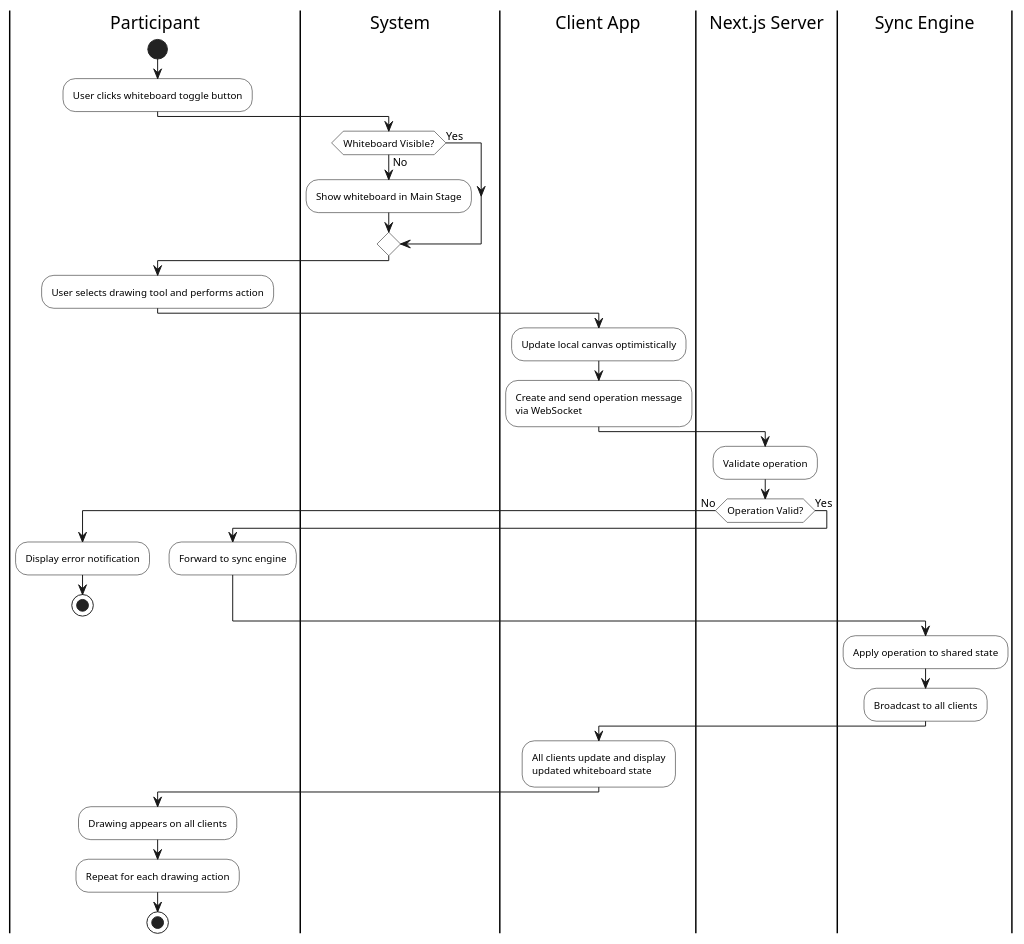
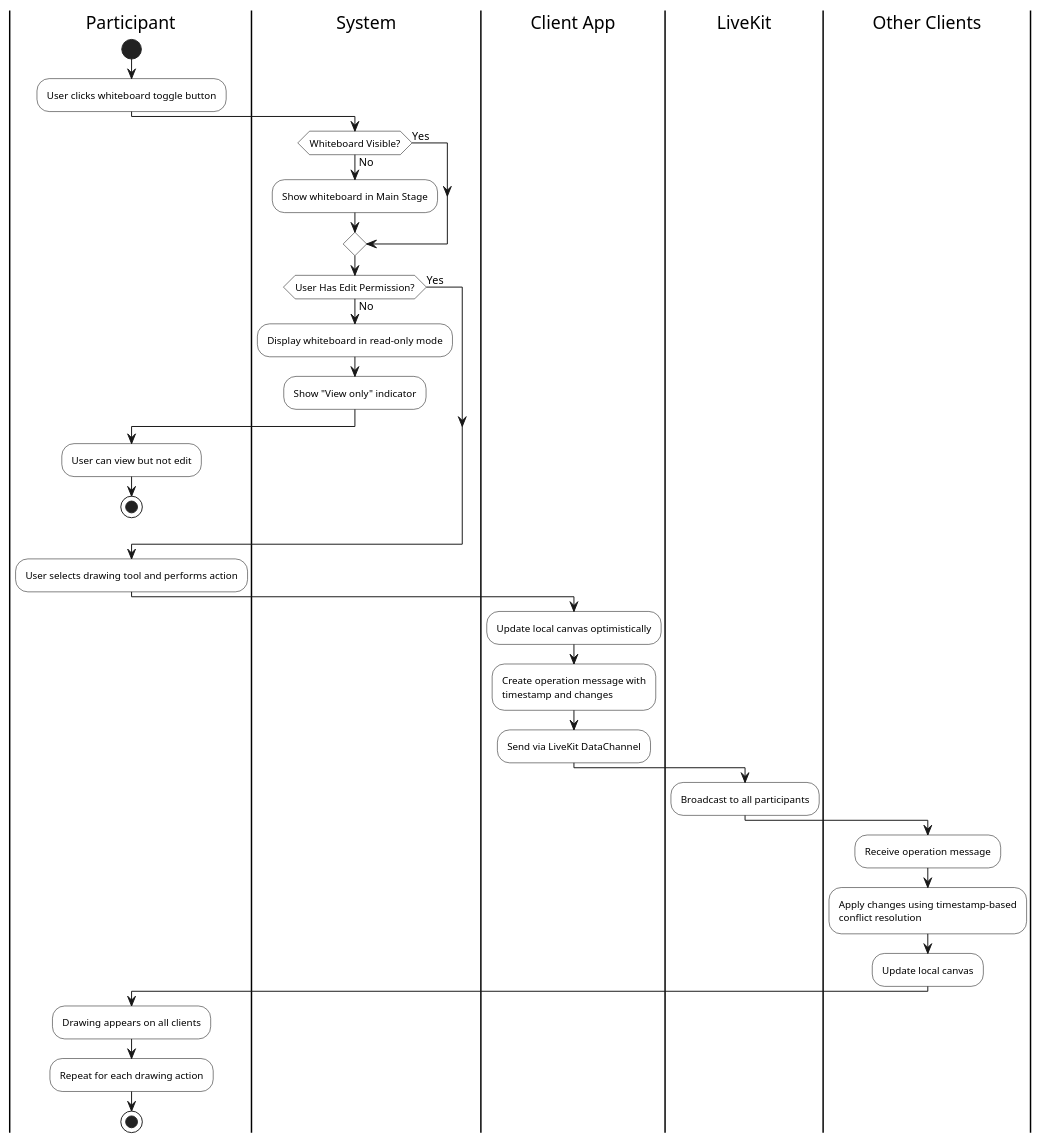
The seventh of 19 diagrams in stoom-app/reports.md (pho-veteran/stoom), drawn with PlantUML before and after one commit. The commit also changed other lines of this file and 44 other files, not shown here.

````diff
--- a/stoom-app/reports.md
+++ b/stoom-app/reports.md
@@ -579,51 +635,51 @@
 ```plantuml
 @startuml
 skinparam monochrome true
 skinparam activity {
     BackgroundColor #FFFFFF
     BorderColor #000000
     FontSize 10
 }
 
 |Participant|
 start
 :User clicks whiteboard toggle button;
 
 |System|
 if (Whiteboard Visible?) then (No)
     :Show whiteboard in Main Stage;
 else (Yes)
 endif
 
+if (User Has Edit Permission?) then (No)
+    :Display whiteboard in read-only mode;
+    :Show "View only" indicator;
+    |Participant|
+    :User can view but not edit;
+    stop
+else (Yes)
+endif
+
 |Participant|
 :User selects drawing tool and performs action;
 
 |Client App|
 :Update local canvas optimistically;
-:Create and send operation message\nvia WebSocket;
+:Create operation message with\ntimestamp and changes;
+:Send via LiveKit DataChannel;
 
-|Next.js Server|
-:Validate operation;
+|LiveKit|
+:Broadcast to all participants;
 
-if (Operation Valid?) then (No)
-    |Participant|
-    :Display error notification;
-    stop
-else (Yes)
-    :Forward to sync engine;
-endif
-
-|Sync Engine|
-:Apply operation to shared state;
-:Broadcast to all clients;
-
-|Client App|
-:All clients update and display\nupdated whiteboard state;
+|Other Clients|
+:Receive operation message;
+:Apply changes using timestamp-based\nconflict resolution;
+:Update local canvas;
 
 |Participant|
 :Drawing appears on all clients;
 :Repeat for each drawing action;
 stop
 
 @enduml
 ```
````
